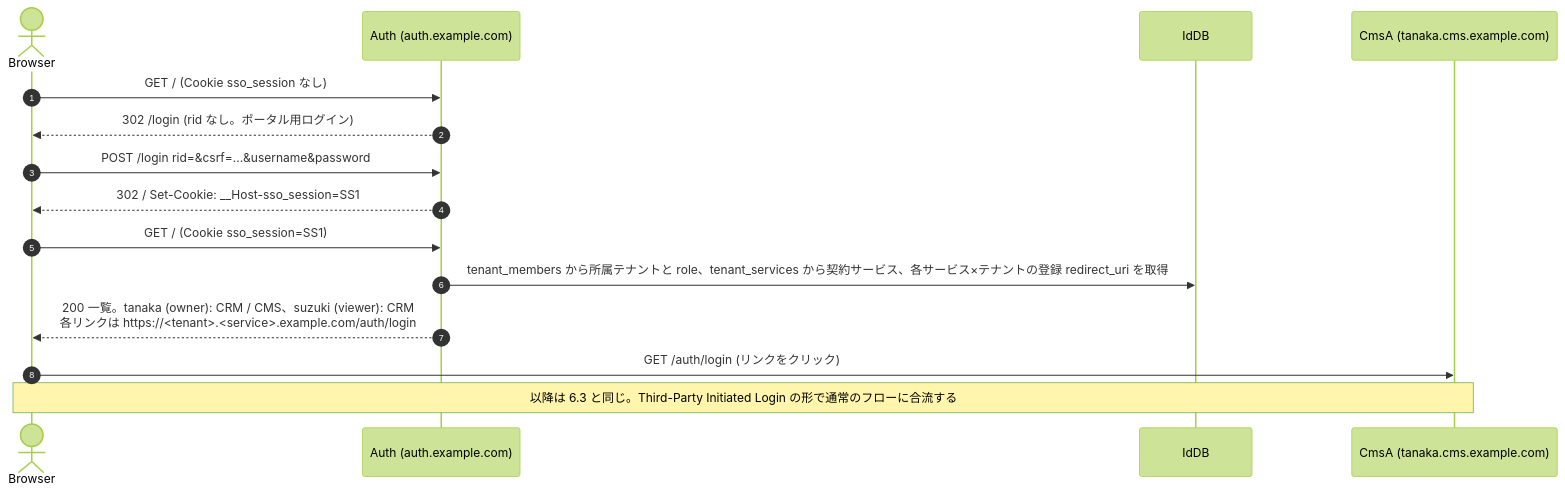
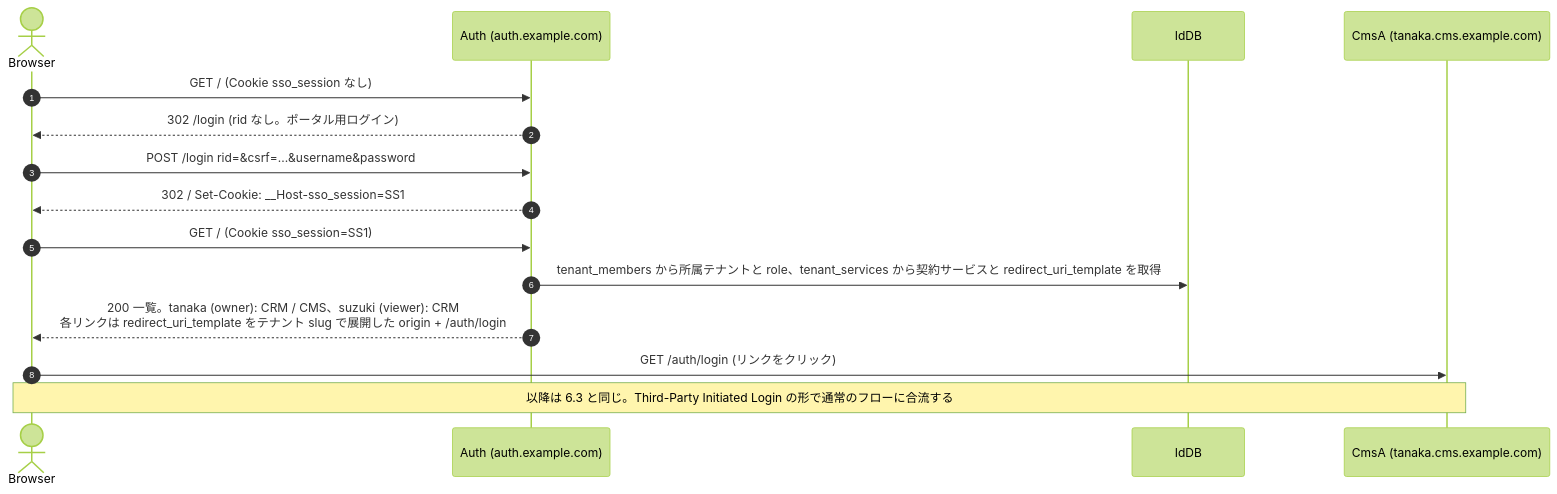
The ninth of 10 diagrams in docs/integration-guide.md (daisuke-tanabe/multi-domain-sandbox), drawn with Mermaid (forest theme) before and after one commit. The commit also changed other lines of this file and 120 other files, not shown here.

````diff
--- a/docs/integration-guide.md
+++ b/docs/integration-guide.md
@@ -767,18 +775,18 @@
 ```mermaid
 sequenceDiagram
     autonumber
     actor Browser
     participant Auth as Auth (auth.example.com)
     participant IdDB
     participant CmsA as CmsA (tanaka.cms.example.com)
 
     Browser->>Auth: GET / (Cookie sso_session なし)
     Auth-->>Browser: 302 /login (rid なし。ポータル用ログイン)
     Browser->>Auth: POST /login rid=&csrf=...&username&password
     Auth-->>Browser: 302 /  Set-Cookie: __Host-sso_session=SS1
     Browser->>Auth: GET / (Cookie sso_session=SS1)
-    Auth->>IdDB: tenant_members から所属テナントと role、tenant_services から契約サービス、各サービス×テナントの登録 redirect_uri を取得
-    Auth-->>Browser: 200 一覧。tanaka (owner): CRM / CMS、suzuki (viewer): CRM<br/>各リンクは https://<tenant>.<service>.example.com/auth/login
+    Auth->>IdDB: tenant_members から所属テナントと role、tenant_services から契約サービスと redirect_uri_template を取得
+    Auth-->>Browser: 200 一覧。tanaka (owner): CRM / CMS、suzuki (viewer): CRM<br/>各リンクは redirect_uri_template をテナント slug で展開した origin + /auth/login
     Browser->>CmsA: GET /auth/login (リンクをクリック)
     Note over Browser,CmsA: 以降は 6.3 と同じ。Third-Party Initiated Login の形で通常のフローに合流する
 ```
````
